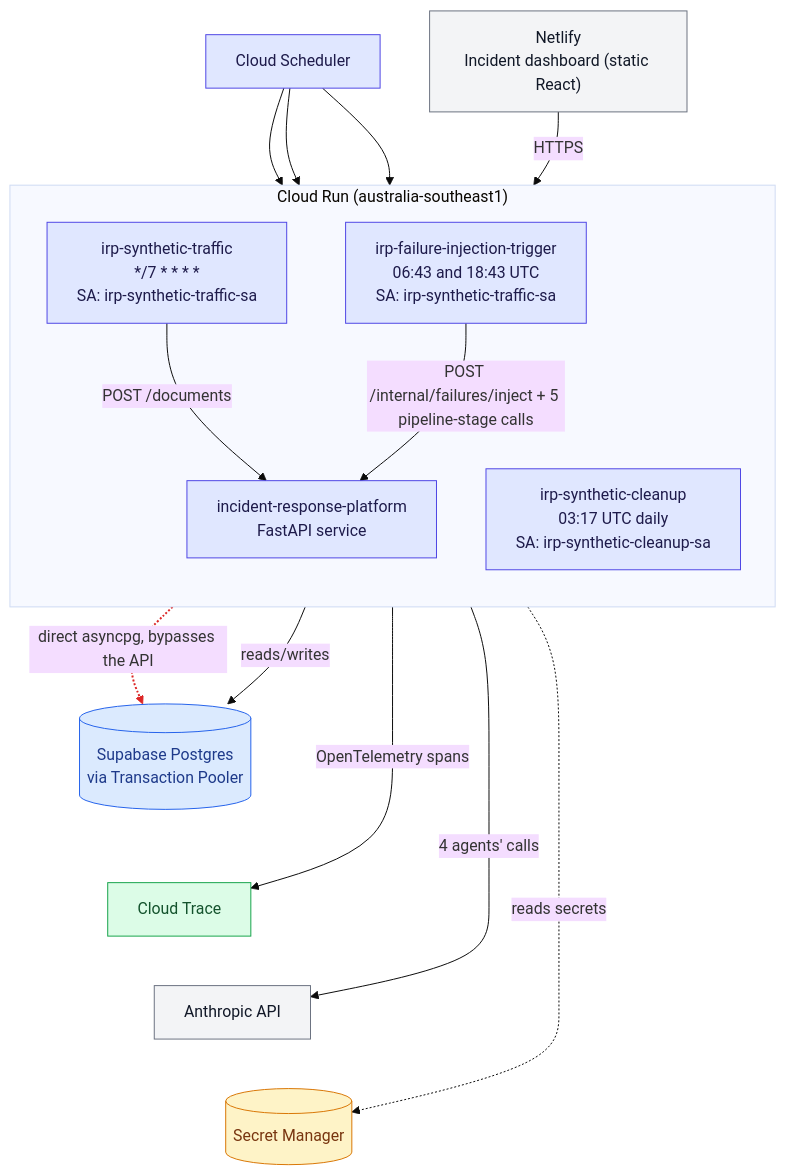
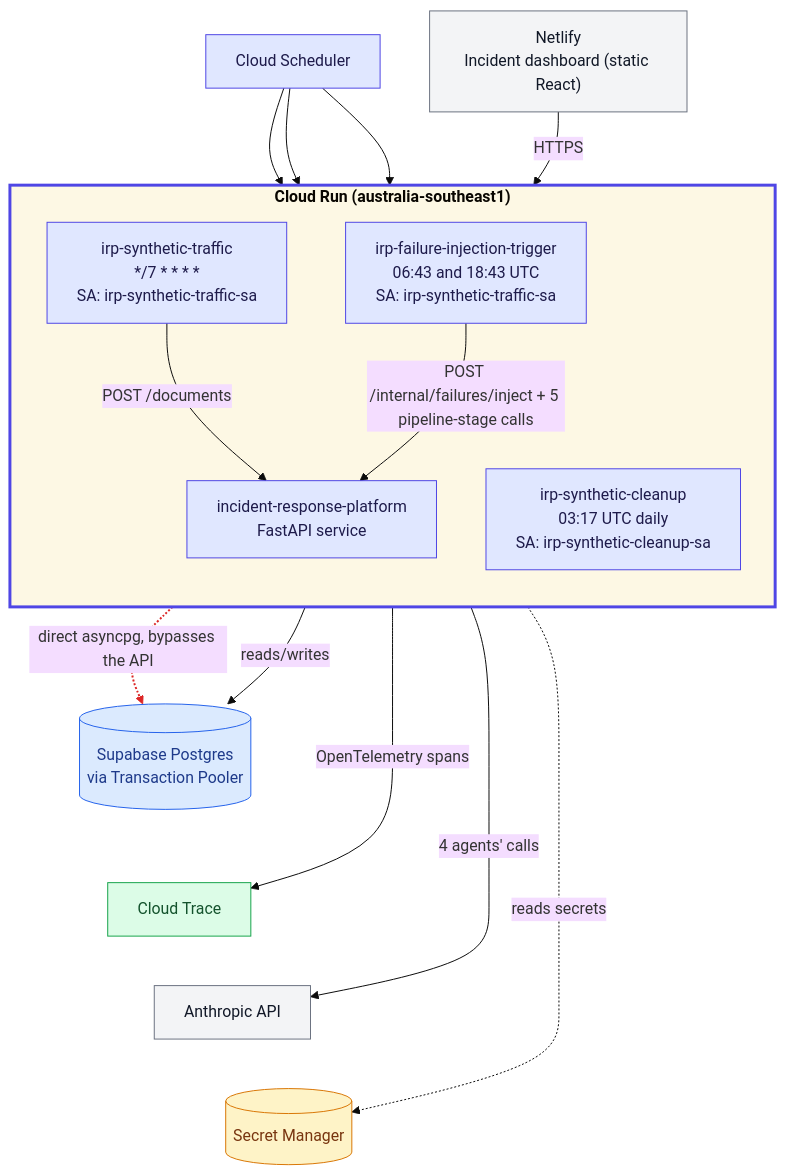
Before and after one commit to ShafqaatMalik/incident-response-platform: the diagram in docs/architecture-infra.md, drawn with Mermaid (base theme).

Commit message:
Make the Cloud Run cluster visually dominant in architecture-infra.md
Bold subgraph title + a thicker indigo border (matching the compute
node color family) so the Cloud Run cluster reads immediately as the
central hosting container everything else connects to, not just one
grouping among several. Fill stays close to the original soft cream so
the border change doesn't compete with the nodes inside it. Verified
with mermaid-cli.

Claude-Session: https://claude.ai/code/session_01Go5Q58FhHZwhaTxtMiUwpV

````diff
--- a/docs/architecture-infra.md
+++ b/docs/architecture-infra.md
@@ -12,49 +12,51 @@
 ```mermaid
 flowchart TD
     SCHEDULER["Cloud Scheduler"]
     NETLIFY["Netlify<br/>Incident dashboard (static React)"]
 
-    subgraph COMPUTE["Cloud Run (australia-southeast1)"]
+    subgraph COMPUTE["<b>Cloud Run (australia-southeast1)</b>"]
         direction TB
         TRAFFIC["irp-synthetic-traffic<br/>*/7 * * * *<br/>SA: irp-synthetic-traffic-sa"]
         TRIGGER["irp-failure-injection-trigger<br/>06:43 and 18:43 UTC<br/>SA: irp-synthetic-traffic-sa"]
         CLEANUP["irp-synthetic-cleanup<br/>03:17 UTC daily<br/>SA: irp-synthetic-cleanup-sa"]
         SERVICE["incident-response-platform<br/>FastAPI service"]
     end
 
     DB[("Supabase Postgres<br/>via Transaction Pooler")]
     SECRETS[("Secret Manager")]
     ANTHROPIC["Anthropic API"]
     TRACE["Cloud Trace"]
 
     SCHEDULER --> TRAFFIC
     SCHEDULER --> TRIGGER
     SCHEDULER --> CLEANUP
     NETLIFY -->|HTTPS| SERVICE
 
     TRAFFIC -->|POST /documents| SERVICE
     TRIGGER -->|"POST /internal/failures/inject + 5 pipeline-stage calls"| SERVICE
 
     CLEANUP -.->|"direct asyncpg, bypasses the API"| DB
     SERVICE -->|reads/writes| DB
     DB ~~~ TRACE
     SERVICE -->|OpenTelemetry spans| TRACE
     TRACE ~~~ ANTHROPIC
     SERVICE -->|"4 agents' calls"| ANTHROPIC
     ANTHROPIC ~~~ SECRETS
     SERVICE -.->|reads secrets| SECRETS
 
     classDef compute fill:#e0e7ff,stroke:#4f46e5,stroke-width:1px,color:#1e1b4b
     classDef data fill:#dbeafe,stroke:#2563eb,stroke-width:1px,color:#1e3a8a
     classDef secrets fill:#fef3c7,stroke:#d97706,stroke-width:1px,color:#78350f
     classDef external fill:#f3f4f6,stroke:#6b7280,stroke-width:1px,color:#111827
     classDef observability fill:#dcfce7,stroke:#16a34a,stroke-width:1px,color:#14532d
 
     class SERVICE,TRAFFIC,TRIGGER,CLEANUP,SCHEDULER compute
     class DB data
     class SECRETS secrets
     class NETLIFY,ANTHROPIC external
     class TRACE observability
 
     linkStyle 6 stroke:#dc2626,stroke-width:2px
+
+    style COMPUTE fill:#fdf8e4,stroke:#4f46e5,stroke-width:3px
 ```
````
